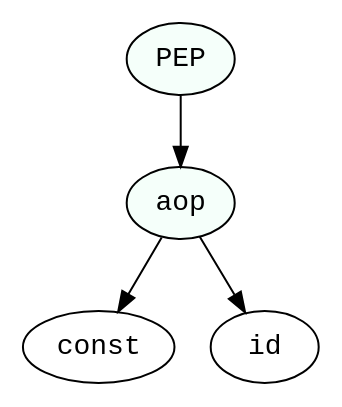
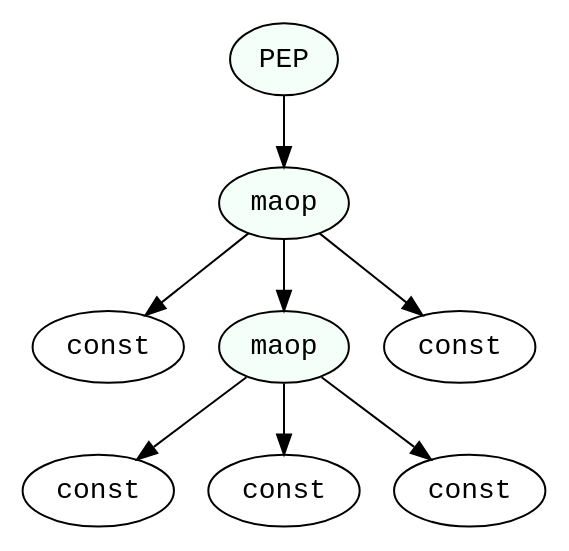
The diagram in ast.dot (bajabrainblast/Judas-Quan-Jack), drawn with Graphviz before and after one commit. The commit also changed 5 other files, not shown here.

```diff
--- a/ast.dot
+++ b/ast.dot
@@ -1,9 +1,17 @@
 digraph print {
  1 [label="const", fontname="monospace"];
- 2 [label="id", fontname="monospace"];
- 3 [label="aop", fontname="monospace", style=filled, fillcolor=mintcream];
- 3->2
- 3->1
- 4 [label="PEP", fontname="monospace", style=filled, fillcolor=mintcream];
- 4->3
+ 2 [label="const", fontname="monospace"];
+ 3 [label="const", fontname="monospace"];
+ 4 [label="const", fontname="monospace"];
+ 5 [label="maop", fontname="monospace", style=filled, fillcolor=mintcream];
+ 5->4
+ 5->3
+ 5->2
+ 6 [label="const", fontname="monospace"];
+ 7 [label="maop", fontname="monospace", style=filled, fillcolor=mintcream];
+ 7->6
+ 7->5
+ 7->1
+ 8 [label="PEP", fontname="monospace", style=filled, fillcolor=mintcream];
+ 8->7
  }
```
